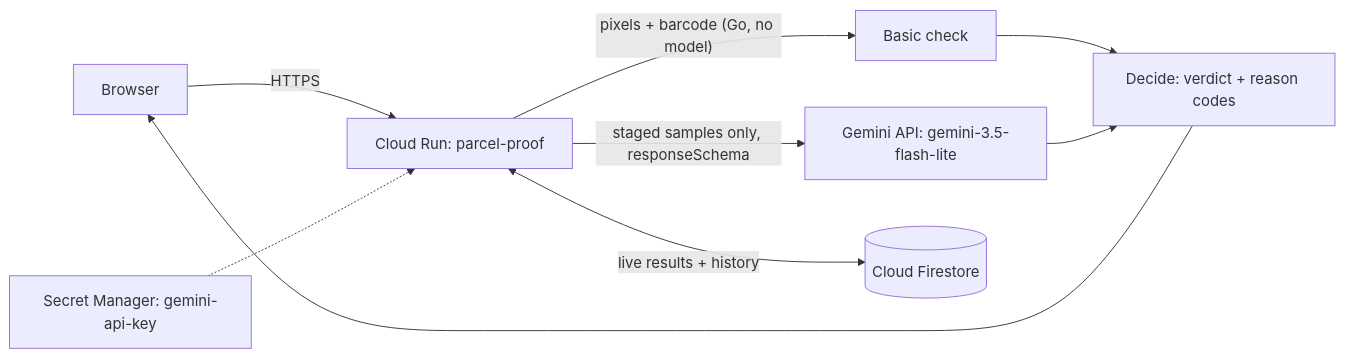
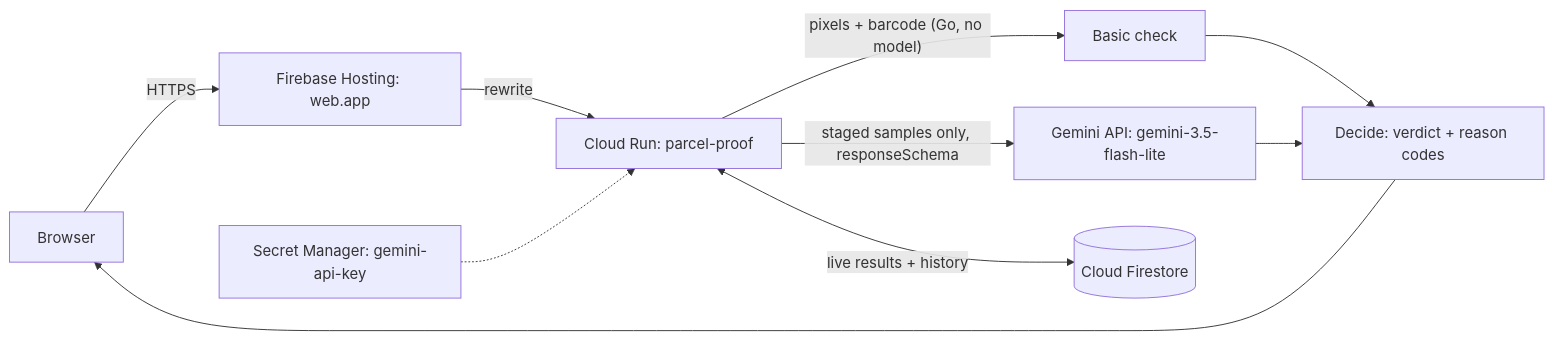
The diagram in README.md (jeejak/parcel-proof), drawn with Mermaid before and after one commit. The commit also changed other lines of this file and 7 other files, not shown here.

First line of the commit message:
feat: serve ParcelProof through Firebase Hosting in front of Cloud Run

````diff
--- a/README.md
+++ b/README.md
@@ -64,11 +64,12 @@
 ```mermaid
 flowchart LR
-  B[Browser] -->|HTTPS| CR[Cloud Run: parcel-proof]
+  B[Browser] -->|HTTPS| FH[Firebase Hosting: web.app]
+  FH -->|rewrite| CR[Cloud Run: parcel-proof]
   CR -->|"pixels + barcode (Go, no model)"| BC[Basic check]
   CR -->|"staged samples only, responseSchema"| G[Gemini API: gemini-3.5-flash-lite]
   SM[Secret Manager: gemini-api-key] -.-> CR
   CR <-->|"live results + history"| FS[(Cloud Firestore)]
   BC --> D[Decide: verdict + reason codes]
   G --> D
   D --> B
 ```
````
